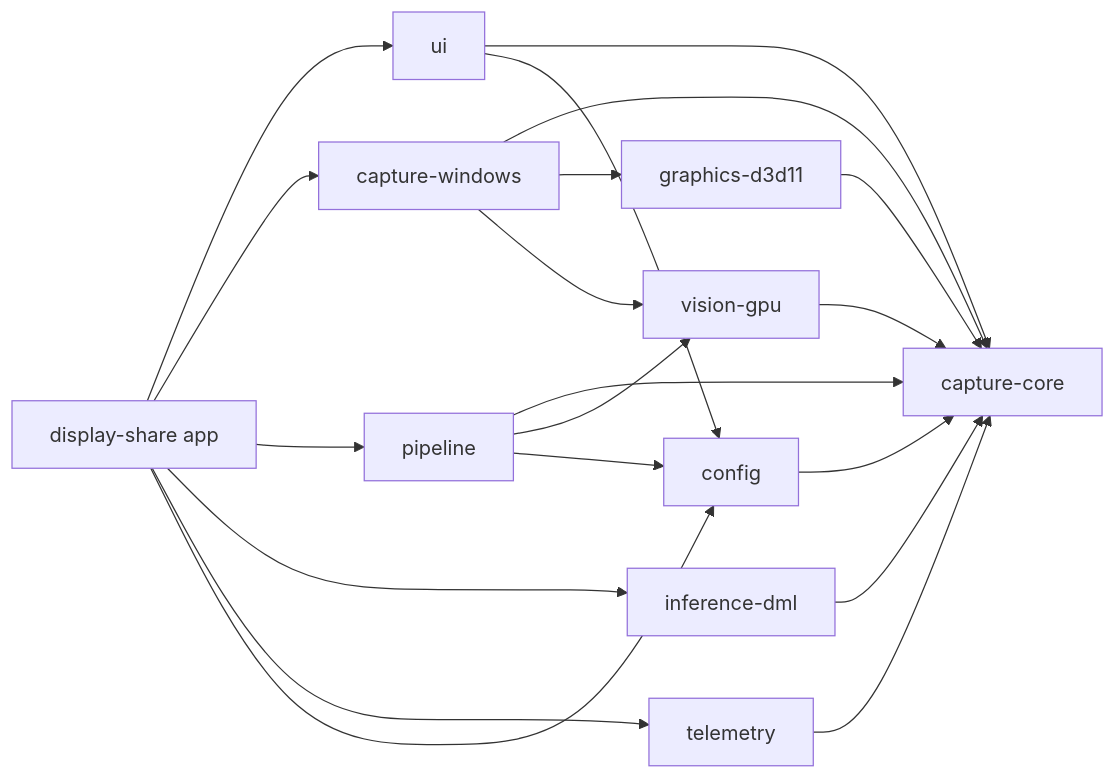
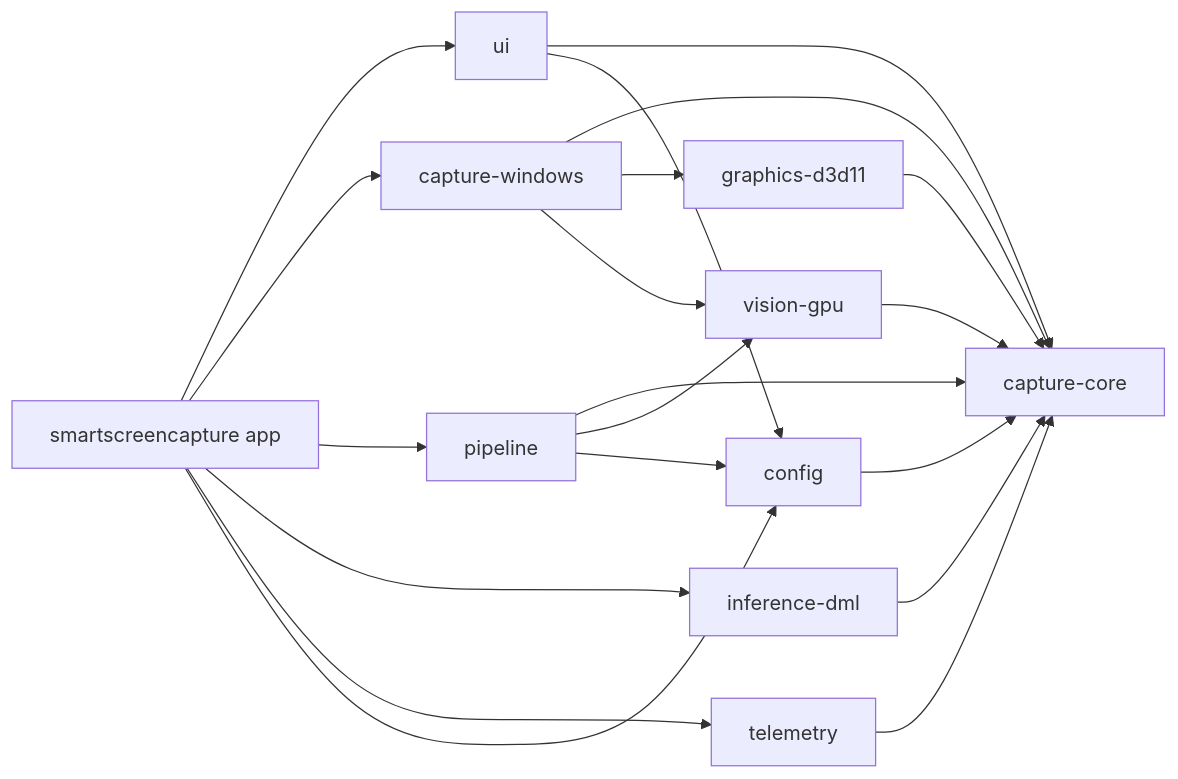
The second of 8 diagrams in 아키텍처.md (NAMUORI00/display-share), drawn with Mermaid before and after one commit. The commit also changed other lines of this file and 11 other files, not shown here.

````diff
--- a/아키텍처.md
+++ b/아키텍처.md
@@ -53,23 +53,23 @@
 ```mermaid
 flowchart LR
-  APP[display-share app]
+  APP[smartscreencapture app]
   APP --> UI[ui]
   APP --> CW[capture-windows]
   APP --> PIPE[pipeline]
   APP --> INF[inference-dml]
   APP --> TEL[telemetry]
   APP --> CFG[config]
   CW --> CORE[capture-core]
   CW --> G11[graphics-d3d11]
   CW --> VG[vision-gpu]
   PIPE --> CORE
   PIPE --> VG
   PIPE --> CFG
   INF --> CORE
   UI --> CORE
   UI --> CFG
   TEL --> CORE
   CFG --> CORE
   G11 --> CORE
   VG --> CORE
 ```
````
